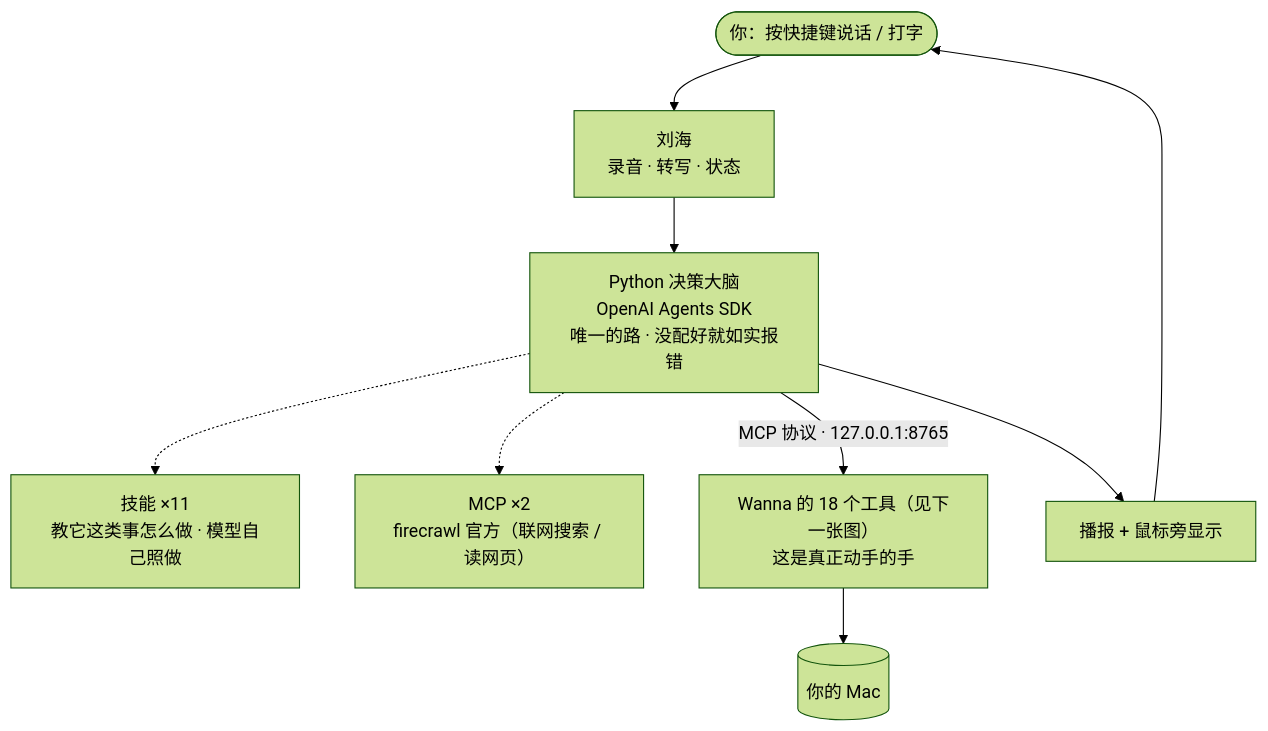
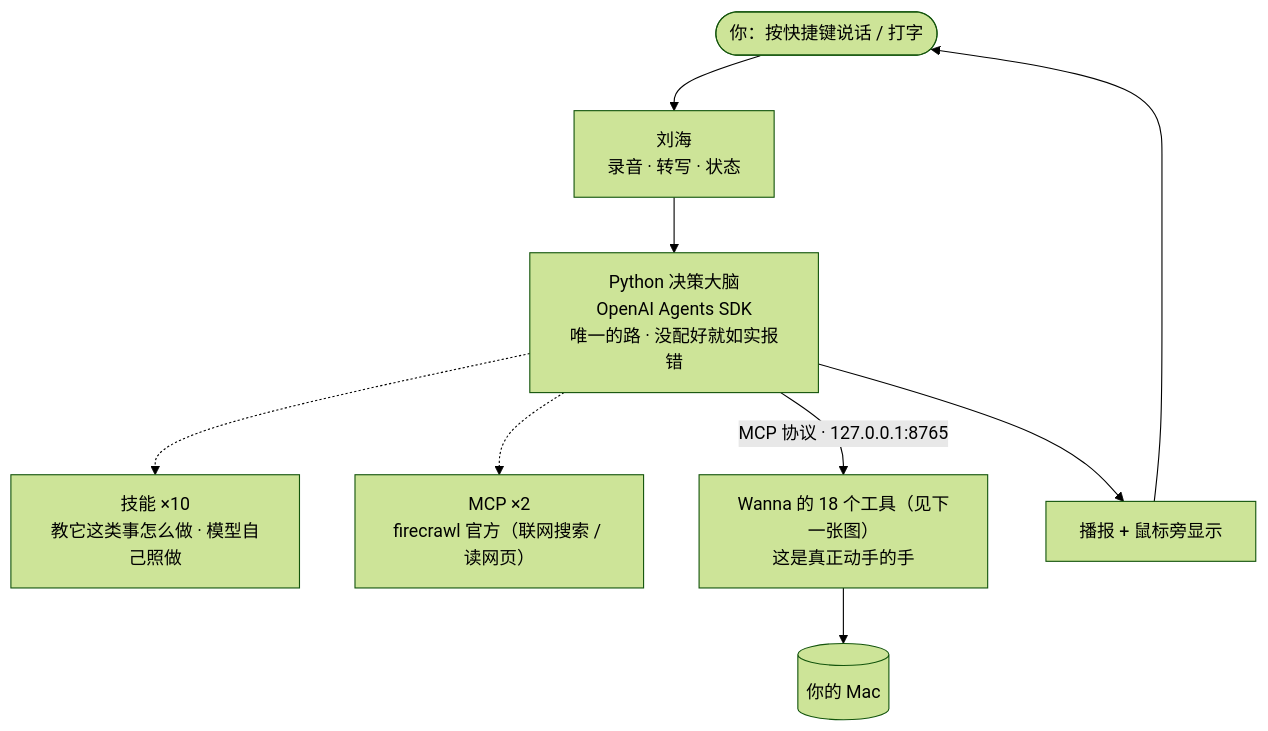
Before and after one commit to nash-aigc/wanna: the first of 2 diagrams in 全局框架/00-项目全貌.md, drawn with Mermaid (forest theme). The commit also changed other lines of this file, not shown here.

````diff
--- a/全局框架/00-项目全貌.md
+++ b/全局框架/00-项目全貌.md
@@ -12,13 +12,13 @@
 ```mermaid
 flowchart TB
     U([你：按快捷键说话 / 打字]) --> N["刘海<br/>录音 · 转写 · 状态"]
     N --> P["Python 决策大脑<br/>OpenAI Agents SDK<br/>唯一的路 · 没配好就如实报错"]
 
-    P -.-> C1["技能 ×11<br/>教它这类事怎么做 · 模型自己照做"]
+    P -.-> C1["技能 ×10<br/>教它这类事怎么做 · 模型自己照做"]
     P -.-> C2["MCP ×2<br/>firecrawl 官方（联网搜索 / 读网页）"]
 
     P -->|MCP 协议 · 127.0.0.1:8765| H["Wanna 的 18 个工具（见下一张图）<br/>这是真正动手的手"]
     H --> MAC[(你的 Mac)]
     P --> R["播报 + 鼠标旁显示"]
     R --> U
 ```
````
